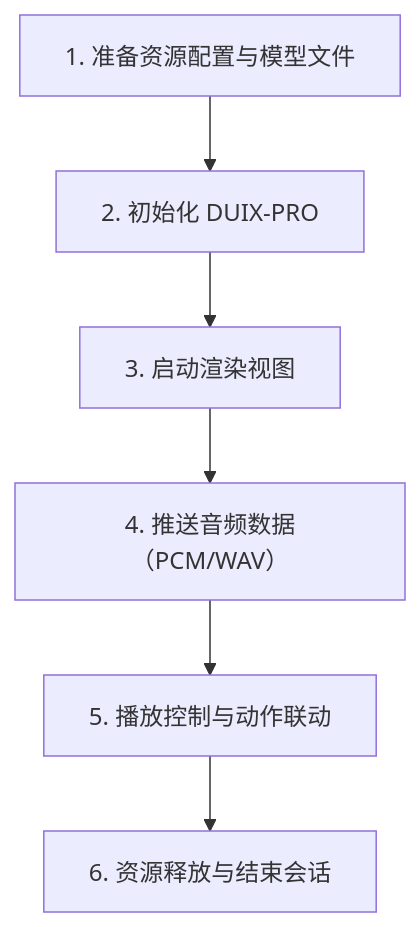
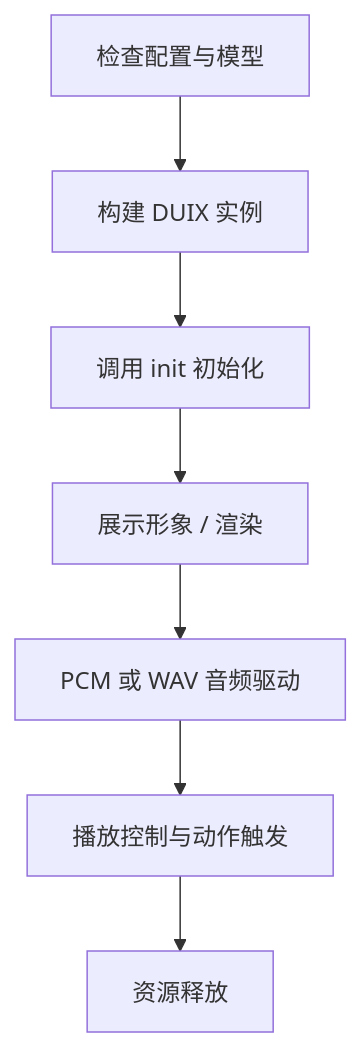
One commit to shixingxing/Duix-Mobile changed the diagram in duix-ios/GJLocalDigitalDemo/README.md. Above: the diagram before and after it, drawn with Mermaid.

````diff
--- a/duix-ios/GJLocalDigitalDemo/README.md
+++ b/duix-ios/GJLocalDigitalDemo/README.md
@@ -70,8 +70,9 @@
 ```mermaid
 graph TD
-A[1. 准备资源配置与模型文件] --> B[2. 初始化 DUIX-PRO]
-B --> C[3. 启动渲染视图]
-C --> D[4. 推送音频数据（PCM/WAV）]
-D --> E[5. 播放控制与动作联动]
-E --> F[6. 资源释放与结束会话]
+A[检查配置与模型] --> B[构建 DUIX 实例]
+B --> C[调用 init 初始化]
+C --> D[展示形象 / 渲染]
+D --> E[PCM 或 WAV 音频驱动]
+E --> F[播放控制与动作触发]
+F --> G[资源释放]
 ```
````
